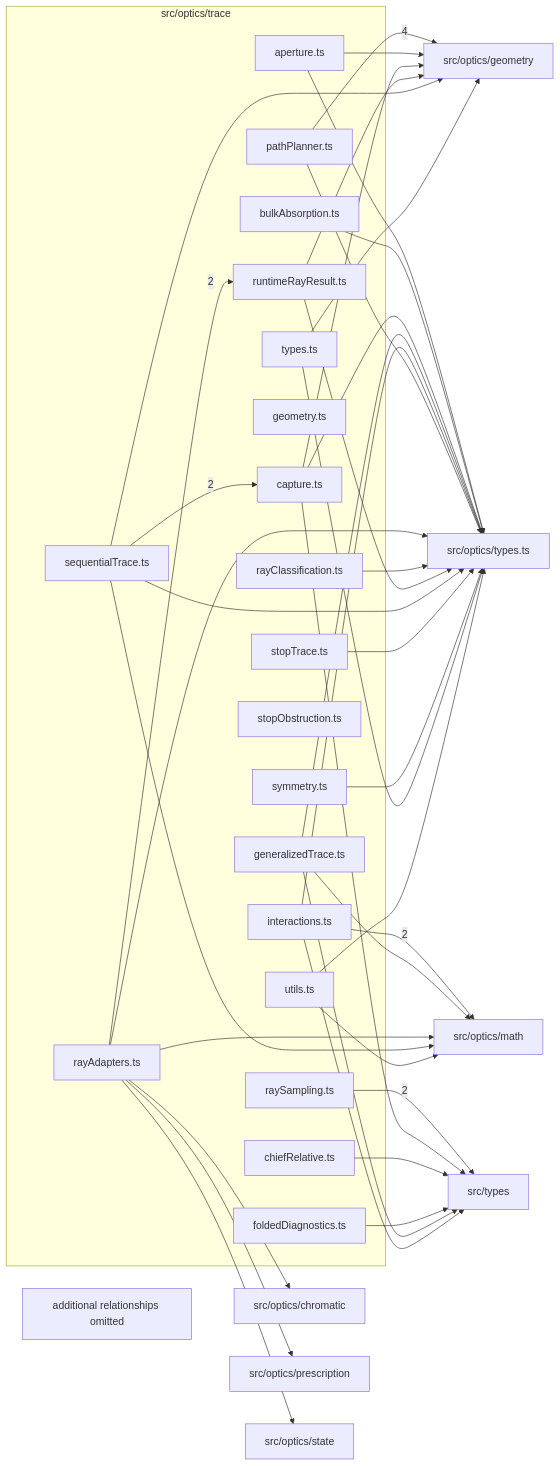
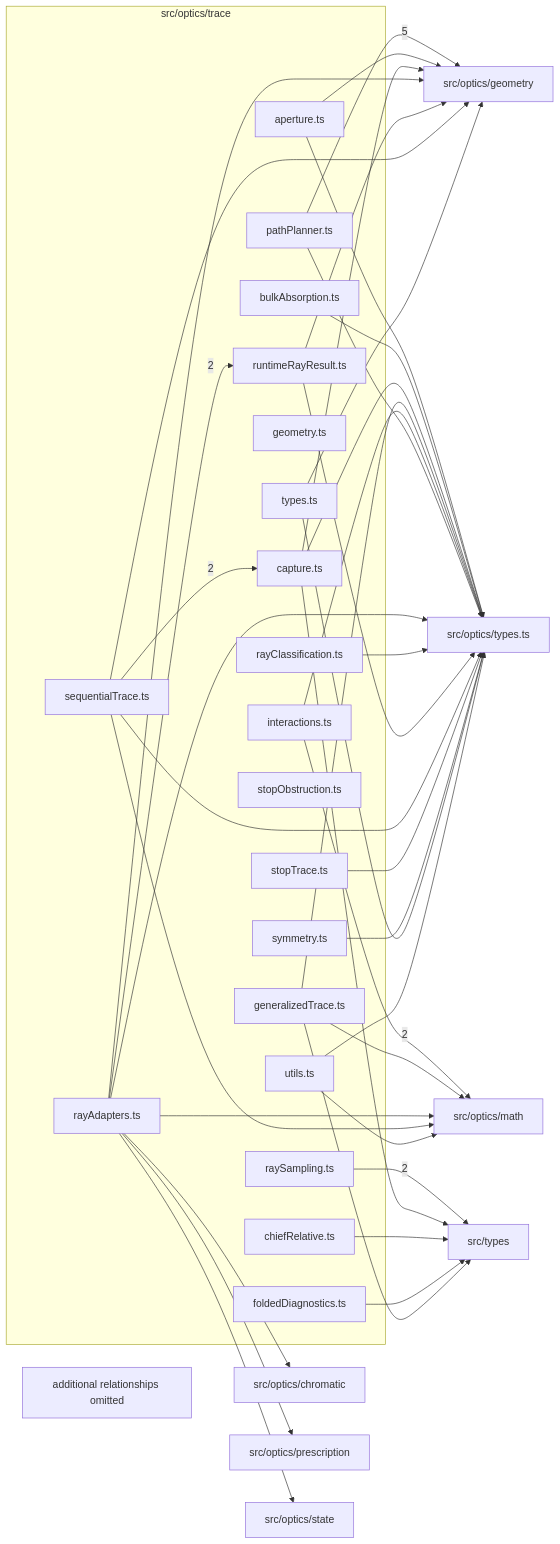
One commit to ronbuening/LensVisualizer changed the diagram in src/optics/trace/readme.md. Above: the diagram before and after it, drawn with Mermaid. The commit also changed other lines of this file and 144 other files, not shown here.

````diff
--- a/src/optics/trace/readme.md
+++ b/src/optics/trace/readme.md
@@ -9,68 +9,68 @@
 ```mermaid
 flowchart LR
   subgraph n_src_optics_trace["src/optics/trace"]
     n_src_optics_trace_src_optics_trace_aperture_ts["aperture.ts"]
     n_src_optics_trace_src_optics_trace_bulkAbsorption_ts["bulkAbsorption.ts"]
     n_src_optics_trace_src_optics_trace_capture_ts["capture.ts"]
     n_src_optics_trace_src_optics_trace_chiefRelative_ts["chiefRelative.ts"]
     n_src_optics_trace_src_optics_trace_foldedDiagnostics_ts["foldedDiagnostics.ts"]
     n_src_optics_trace_src_optics_trace_generalizedTrace_ts["generalizedTrace.ts"]
     n_src_optics_trace_src_optics_trace_geometry_ts["geometry.ts"]
     n_src_optics_trace_src_optics_trace_interactions_ts["interactions.ts"]
     n_src_optics_trace_src_optics_trace_pathPlanner_ts["pathPlanner.ts"]
     n_src_optics_trace_src_optics_trace_rayAdapters_ts["rayAdapters.ts"]
     n_src_optics_trace_src_optics_trace_rayClassification_ts["rayClassification.ts"]
     n_src_optics_trace_src_optics_trace_raySampling_ts["raySampling.ts"]
     n_src_optics_trace_src_optics_trace_runtimeRayResult_ts["runtimeRayResult.ts"]
     n_src_optics_trace_src_optics_trace_sequentialTrace_ts["sequentialTrace.ts"]
     n_src_optics_trace_src_optics_trace_stopObstruction_ts["stopObstruction.ts"]
     n_src_optics_trace_src_optics_trace_stopTrace_ts["stopTrace.ts"]
     n_src_optics_trace_src_optics_trace_symmetry_ts["symmetry.ts"]
     n_src_optics_trace_src_optics_trace_types_ts["types.ts"]
     n_src_optics_trace_src_optics_trace_utils_ts["utils.ts"]
   end
   n_external_src_optics_geometry["src/optics/geometry"]
   n_external_src_optics_math["src/optics/math"]
   n_external_src_types["src/types"]
   n_external_src_optics_chromatic["src/optics/chromatic"]
   n_external_src_optics_prescription["src/optics/prescription"]
   n_external_src_optics_state["src/optics/state"]
   n_external_src_optics_types_ts["src/optics/types.ts"]
-  n_src_optics_trace_src_optics_trace_pathPlanner_ts --> |4| n_external_src_optics_geometry
+  n_src_optics_trace_src_optics_trace_pathPlanner_ts --> |5| n_external_src_optics_geometry
   n_src_optics_trace_src_optics_trace_interactions_ts --> |2| n_external_src_optics_math
   n_src_optics_trace_src_optics_trace_raySampling_ts --> |2| n_external_src_types
   n_src_optics_trace_src_optics_trace_sequentialTrace_ts --> |2| n_src_optics_trace_src_optics_trace_capture_ts
   n_src_optics_trace_src_optics_trace_rayAdapters_ts --> |2| n_src_optics_trace_src_optics_trace_runtimeRayResult_ts
   n_src_optics_trace_src_optics_trace_rayAdapters_ts --> n_external_src_optics_chromatic
   n_src_optics_trace_src_optics_trace_aperture_ts --> n_external_src_optics_geometry
   n_src_optics_trace_src_optics_trace_capture_ts --> n_external_src_optics_geometry
+  n_src_optics_trace_src_optics_trace_rayAdapters_ts --> n_external_src_optics_geometry
   n_src_optics_trace_src_optics_trace_runtimeRayResult_ts --> n_external_src_optics_geometry
   n_src_optics_trace_src_optics_trace_sequentialTrace_ts --> n_external_src_optics_geometry
   n_src_optics_trace_src_optics_trace_types_ts --> n_external_src_optics_geometry
   n_src_optics_trace_src_optics_trace_generalizedTrace_ts --> n_external_src_optics_math
   n_src_optics_trace_src_optics_trace_rayAdapters_ts --> n_external_src_optics_math
   n_src_optics_trace_src_optics_trace_sequentialTrace_ts --> n_external_src_optics_math
   n_src_optics_trace_src_optics_trace_utils_ts --> n_external_src_optics_math
   n_src_optics_trace_src_optics_trace_rayAdapters_ts --> n_external_src_optics_prescription
   n_src_optics_trace_src_optics_trace_rayAdapters_ts --> n_external_src_optics_state
   n_src_optics_trace_src_optics_trace_aperture_ts --> n_external_src_optics_types_ts
   n_src_optics_trace_src_optics_trace_bulkAbsorption_ts --> n_external_src_optics_types_ts
   n_src_optics_trace_src_optics_trace_capture_ts --> n_external_src_optics_types_ts
   n_src_optics_trace_src_optics_trace_generalizedTrace_ts --> n_external_src_optics_types_ts
   n_src_optics_trace_src_optics_trace_interactions_ts --> n_external_src_optics_types_ts
   n_src_optics_trace_src_optics_trace_pathPlanner_ts --> n_external_src_optics_types_ts
   n_src_optics_trace_src_optics_trace_rayAdapters_ts --> n_external_src_optics_types_ts
   n_src_optics_trace_src_optics_trace_rayClassification_ts --> n_external_src_optics_types_ts
   n_src_optics_trace_src_optics_trace_runtimeRayResult_ts --> n_external_src_optics_types_ts
   n_src_optics_trace_src_optics_trace_sequentialTrace_ts --> n_external_src_optics_types_ts
   n_src_optics_trace_src_optics_trace_stopTrace_ts --> n_external_src_optics_types_ts
   n_src_optics_trace_src_optics_trace_symmetry_ts --> n_external_src_optics_types_ts
   n_src_optics_trace_src_optics_trace_types_ts --> n_external_src_optics_types_ts
   n_src_optics_trace_src_optics_trace_utils_ts --> n_external_src_optics_types_ts
   n_src_optics_trace_src_optics_trace_capture_ts --> n_external_src_types
   n_src_optics_trace_src_optics_trace_chiefRelative_ts --> n_external_src_types
   n_src_optics_trace_src_optics_trace_foldedDiagnostics_ts --> n_external_src_types
   n_src_optics_trace_src_optics_trace_generalizedTrace_ts --> n_external_src_types
-  n_src_optics_trace_src_optics_trace_interactions_ts --> n_external_src_types
   n_src_optics_trace_truncated["additional relationships omitted"]
 ```
````
